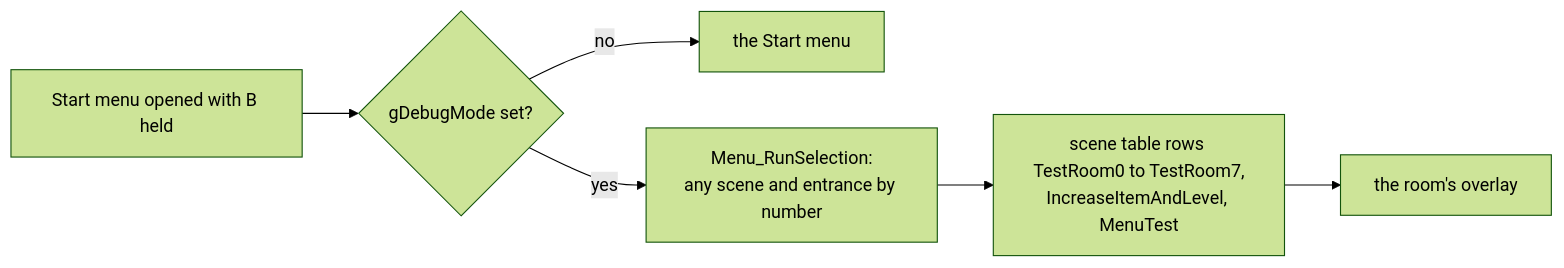
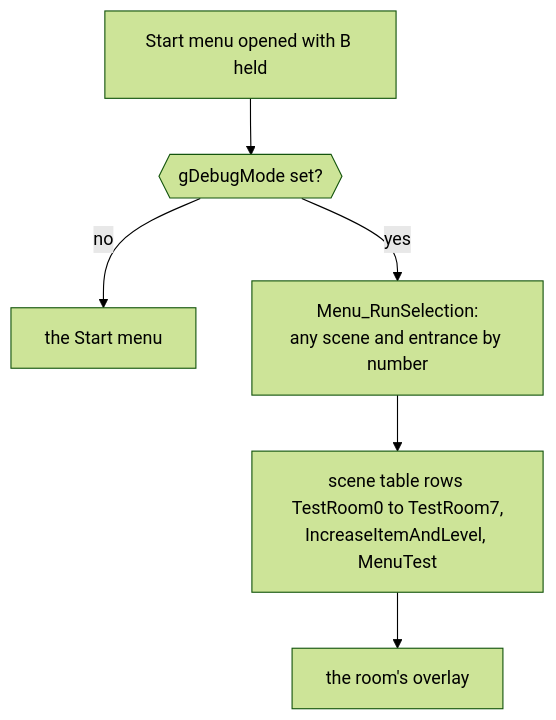
One commit to PascalPixel/alchemy changed the diagram in games/tbs/src/debug/README.md. Above: the diagram before and after it, drawn with Mermaid (forest theme). The commit also changed 17 other files, not shown here.

First line of the commit message:
Docs: diagrams that draw on the site

````diff
--- a/games/tbs/src/debug/README.md
+++ b/games/tbs/src/debug/README.md
@@ -16,8 +16,8 @@
 ```mermaid
-flowchart LR
-    start["Start menu opened with B held"] --> mode{"gDebugMode set?"}
+flowchart TB
+    start["Start menu opened with B held"] --> mode{{"gDebugMode set?"}}
     mode -->|no| menu["the Start menu"]
     mode -->|yes| sel["Menu_RunSelection:<br/>any scene and entrance by number"]
     sel --> rows["scene table rows TestRoom0 to TestRoom7,<br/>IncreaseItemAndLevel, MenuTest"]
     rows --> ovl["the room's overlay"]
 ```
````
